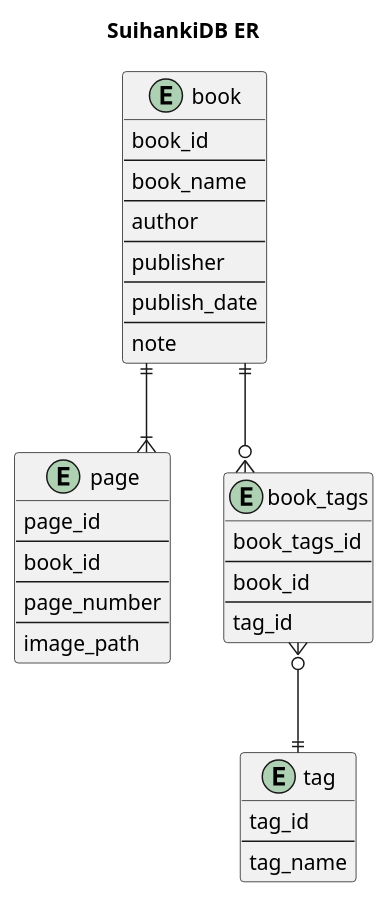
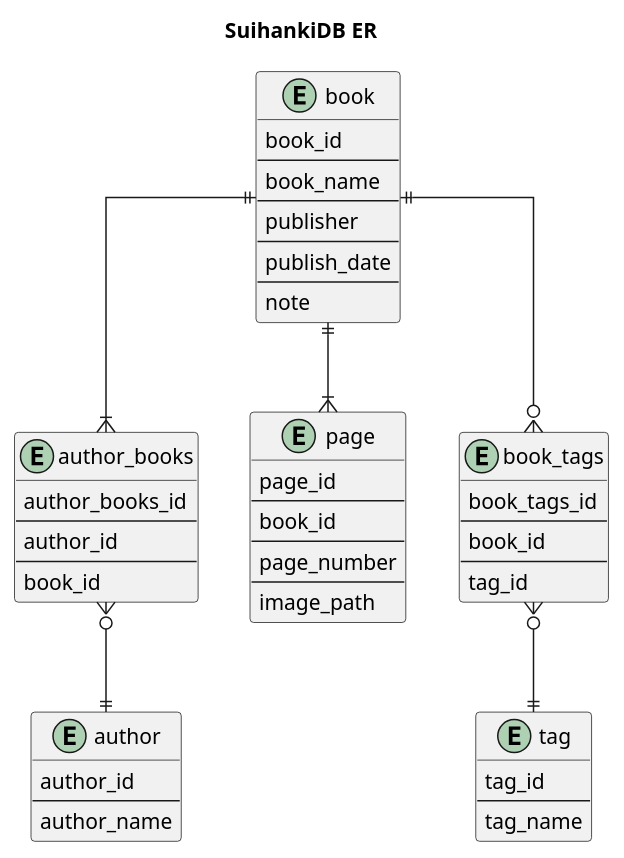
One commit to tsubasa283paris/Suihanki changed the diagram in uml/er/db.pu. Above: the diagram before and after it, drawn with PlantUML.

Commit message:
Add entities author and author_books

```diff
--- a/uml/er/db.pu
+++ b/uml/er/db.pu
@@ -1,45 +1,57 @@
 @startuml
 
 title SuihankiDB ER
 skinparam linetype ortho
 
 entity "book" as b {
     book_id
     --
     book_name
     --
-    author
-    --
     publisher
     --
     publish_date
     --
     note
+}
+entity "author_books" as ab {
+    author_books_id
+    --
+    author_id
+    --
+    book_id
+}
+entity "author" as a {
+    author_id
+    --
+    author_name
 }
 entity "page" as p {
     page_id
     --
     book_id
     --
     page_number
     --
     image_path
 }
 entity "book_tags" as bt {
     book_tags_id
     --
     book_id
     --
     tag_id
 }
 entity "tag" as t {
     tag_id
     --
     tag_name
 }
 
+b ||--|{ ab
+ab }o--|| a
 b ||--|{ p
 b ||--o{ bt
 bt }o--|| t
 
 @enduml
```
